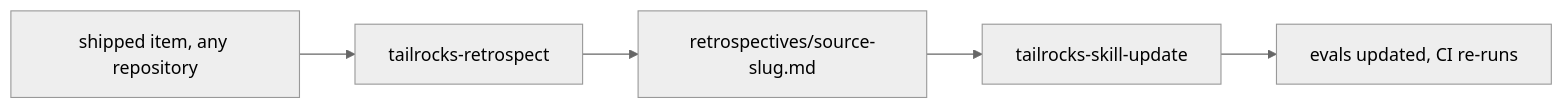
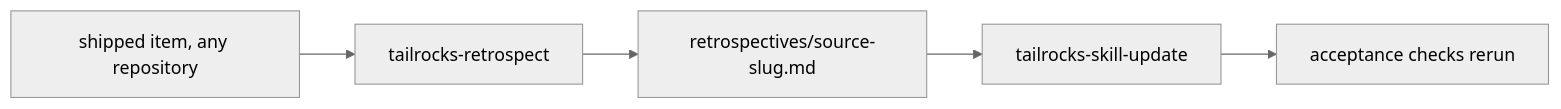
The diagram in docs/content/docs/self-improve.mdx (tailrocks/tailrocks-skills), drawn with Mermaid (neutral theme) before and after one commit. The commit also changed other lines of this file and 96 other files, not shown here.

````diff
--- a/docs/content/docs/self-improve.mdx
+++ b/docs/content/docs/self-improve.mdx
@@ -11,7 +11,7 @@
 ```mermaid
 flowchart LR
   field["shipped item, any repository"] --> retro["tailrocks-retrospect"]
   retro --> record["retrospectives/source-slug.md"]
   record --> author["tailrocks-skill-update"]
-  author --> evals["evals updated, CI re-runs"]
+  author --> checks["acceptance checks rerun"]
 ```
````
